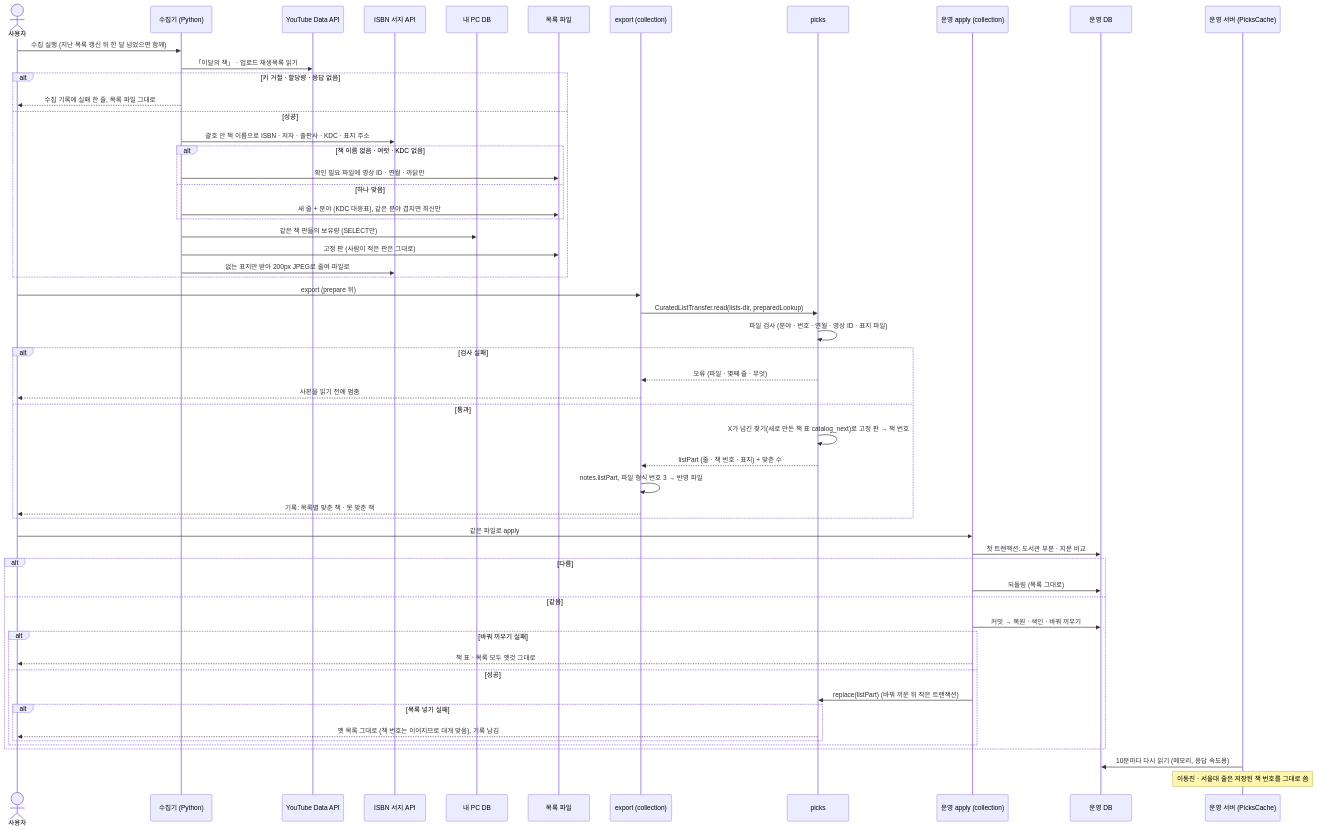
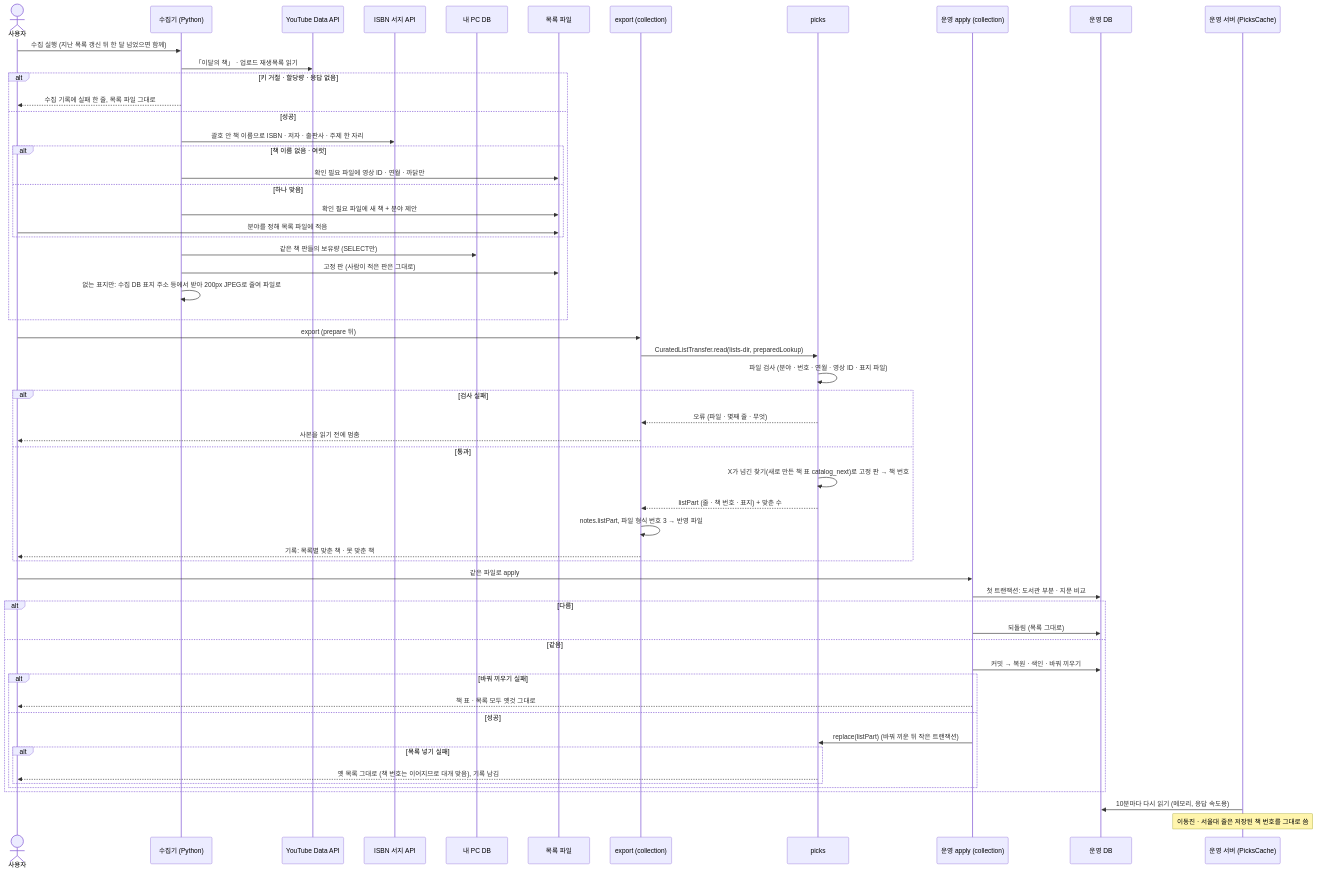
One commit to hodu-sketch/chaekcheck-plan changed the second of 7 diagrams in docs/cycles/21-recommended-books/design-delta.md. Above: the diagram before and after it, drawn with Mermaid. The commit also changed other lines of this file and 8 other files, not shown here.

````diff
--- a/docs/cycles/21-recommended-books/design-delta.md
+++ b/docs/cycles/21-recommended-books/design-delta.md
@@ -58,58 +59,59 @@
 ```mermaid
 sequenceDiagram
   actor U as 사용자
   participant C as 수집기 (Python)
   participant YT as YouTube Data API
   participant NI as ISBN 서지 API
   participant PDB as 내 PC DB
   participant F as 목록 파일
   participant X as export (collection)
   participant PK as picks
   participant O as 운영 apply (collection)
   participant ODB as 운영 DB
   participant S as 운영 서버 (PicksCache)
   U->>C: 수집 실행 (지난 목록 갱신 뒤 한 달 넘었으면 함께)
   C->>YT: 「이달의 책」 · 업로드 재생목록 읽기
   alt 키 거절 · 할당량 · 응답 없음
     C-->>U: 수집 기록에 실패 한 줄, 목록 파일 그대로
   else 성공
-    C->>NI: 괄호 안 책 이름으로 ISBN · 저자 · 출판사 · KDC · 표지 주소
-    alt 책 이름 없음 · 여럿 · KDC 없음
+    C->>NI: 괄호 안 책 이름으로 ISBN · 저자 · 출판사 · 주제 한 자리
+    alt 책 이름 없음 · 여럿
       C->>F: 확인 필요 파일에 영상 ID · 연월 · 까닭만
     else 하나 맞음
-      C->>F: 새 줄 + 분야 (KDC 대응표), 같은 분야 겹치면 최신만
+      C->>F: 확인 필요 파일에 새 책 + 분야 제안
+      U->>F: 분야를 정해 목록 파일에 적음
     end
     C->>PDB: 같은 책 판들의 보유량 (SELECT만)
     C->>F: 고정 판 (사람이 적은 판은 그대로)
-    C->>NI: 없는 표지만 받아 200px JPEG로 줄여 파일로
+    C->>C: 없는 표지만: 수집 DB 표지 주소 등에서 받아 200px JPEG로 줄여 파일로
   end
   U->>X: export (prepare 뒤)
   X->>PK: CuratedListTransfer.read(lists-dir, preparedLookup)
   PK->>PK: 파일 검사 (분야 · 번호 · 연월 · 영상 ID · 표지 파일)
   alt 검사 실패
     PK-->>X: 오류 (파일 · 몇째 줄 · 무엇)
     X-->>U: 사본을 읽기 전에 멈춤
   else 통과
     PK->>PK: X가 넘긴 찾기(새로 만든 책 표 catalog_next)로 고정 판 → 책 번호
     PK-->>X: listPart (줄 · 책 번호 · 표지) + 맞춘 수
     X->>X: notes.listPart, 파일 형식 번호 3 → 반영 파일
     X-->>U: 기록: 목록별 맞춘 책 · 못 맞춘 책
   end
   U->>O: 같은 파일로 apply
   O->>ODB: 첫 트랜잭션: 도서관 부분 · 지문 비교
   alt 다름
     O->>ODB: 되돌림 (목록 그대로)
   else 같음
     O->>ODB: 커밋 → 복원 · 색인 · 바꿔 끼우기
     alt 바꿔 끼우기 실패
       O-->>U: 책 표 · 목록 모두 옛것 그대로
     else 성공
       O->>PK: replace(listPart) (바꿔 끼운 뒤 작은 트랜잭션)
       alt 목록 넣기 실패
         PK-->>U: 옛 목록 그대로 (책 번호는 이어지므로 대개 맞음), 기록 남김
       end
     end
   end
   S->>ODB: 10분마다 다시 읽기 (메모리, 응답 속도용)
   Note over S: 이동진 · 서울대 줄은 저장된 책 번호를 그대로 씀
 ```
````
